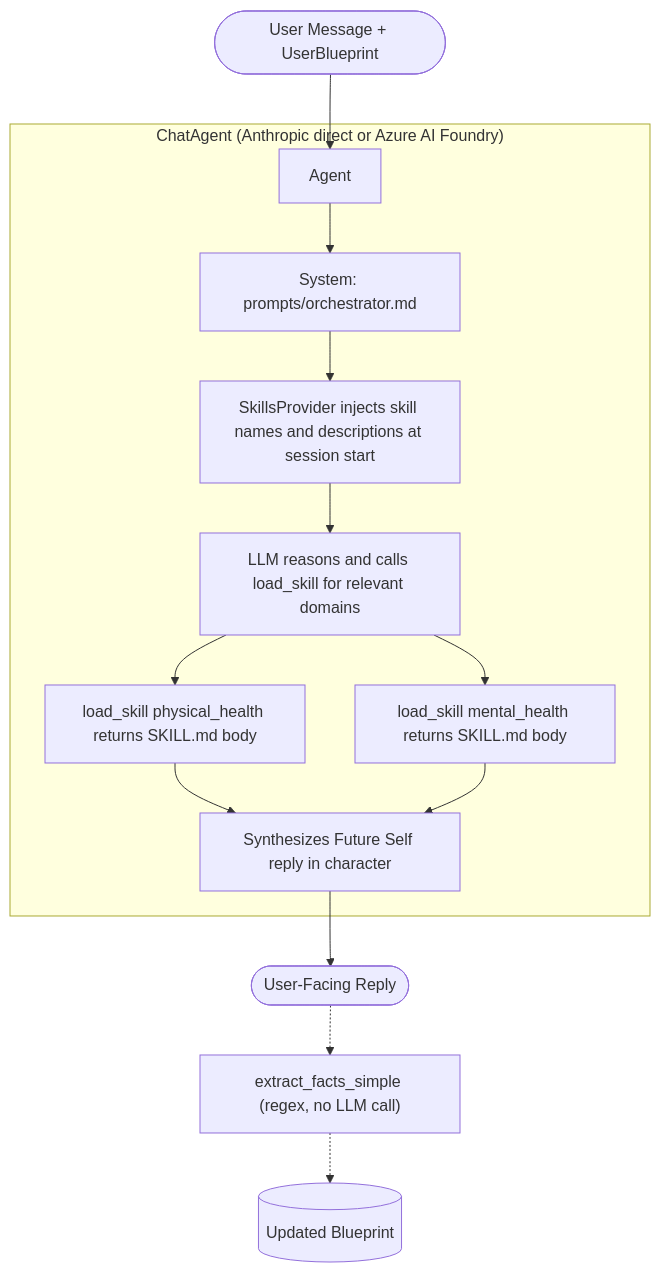
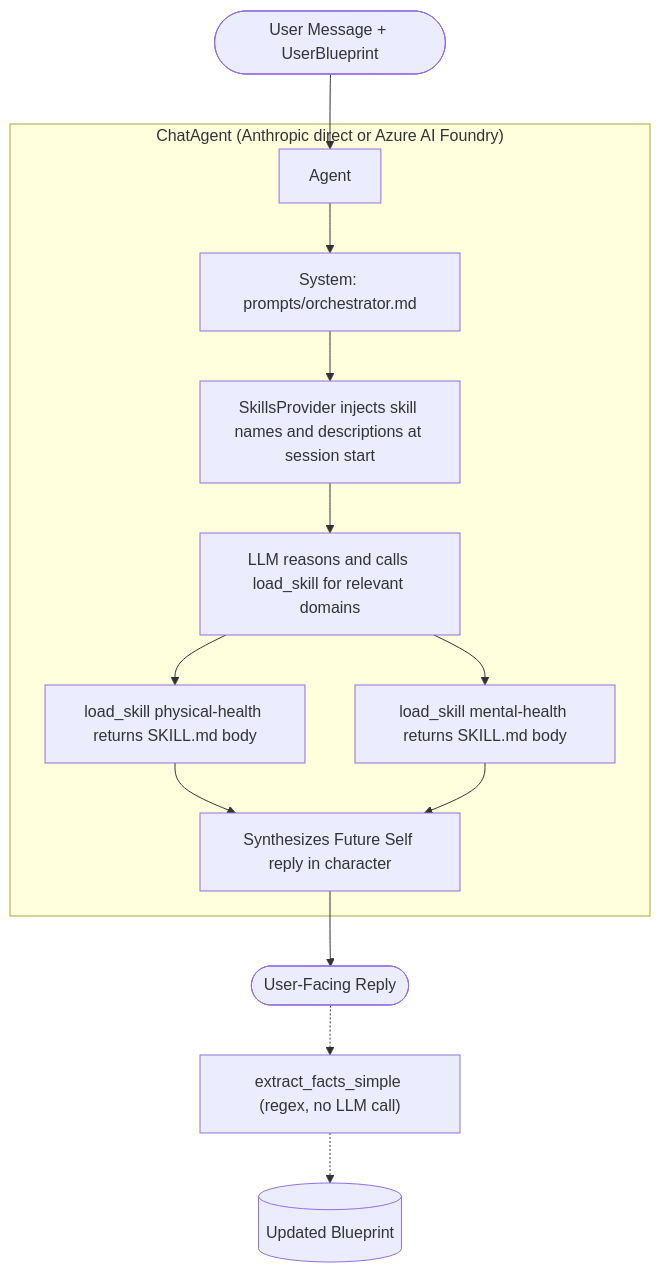
The diagram in futureself-spec.md (scopeta/futureself), drawn with Mermaid before and after one commit. The commit also changed other lines of this file and 8 other files, not shown here.

````diff
--- a/futureself-spec.md
+++ b/futureself-spec.md
@@ -29,23 +29,23 @@
 ```mermaid
 flowchart TD
     User(["User Message + UserBlueprint"]) --> AgentNode
 
     subgraph AgentBox["ChatAgent (Anthropic direct or Azure AI Foundry)"]
         AgentNode["Agent"]
         System["System: prompts/orchestrator.md"]
         Skills["SkillsProvider injects skill names and descriptions at session start"]
         Reason["LLM reasons and calls load_skill for relevant domains"]
-        Skill1["load_skill physical_health returns SKILL.md body"]
-        Skill2["load_skill mental_health returns SKILL.md body"]
+        Skill1["load_skill physical-health returns SKILL.md body"]
+        Skill2["load_skill mental-health returns SKILL.md body"]
         Synthesize["Synthesizes Future Self reply in character"]
         AgentNode --> System --> Skills --> Reason
         Reason --> Skill1
         Reason --> Skill2
         Skill1 --> Synthesize
         Skill2 --> Synthesize
     end
 
     Synthesize --> Reply(["User-Facing Reply"])
     Reply -.-> Facts["extract_facts_simple (regex, no LLM call)"]
     Facts -.-> Blueprint[("Updated Blueprint")]
 ```
````
